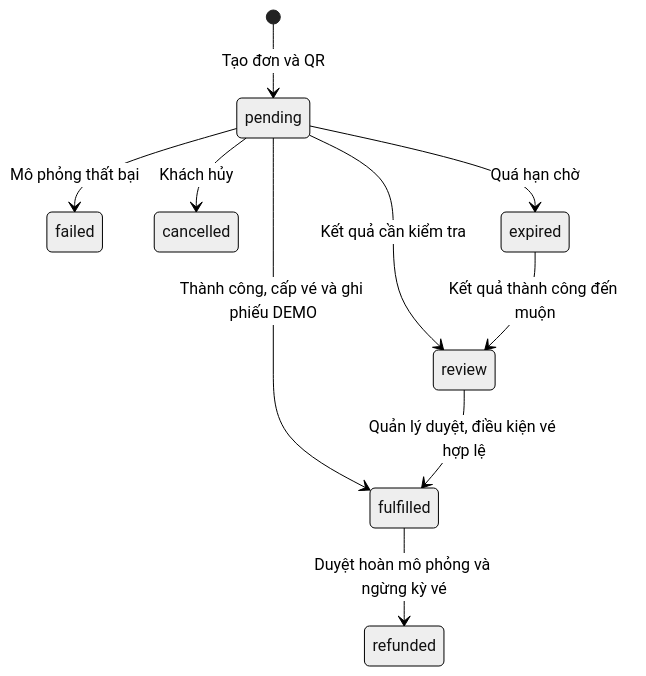
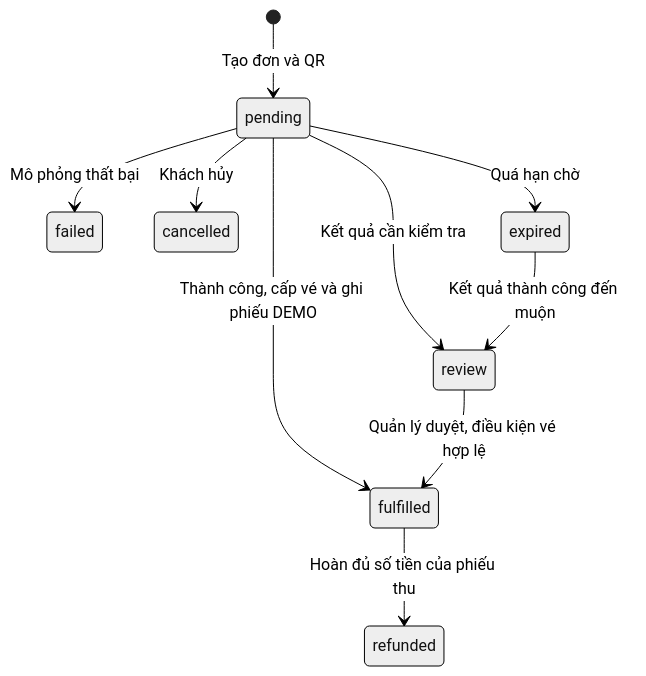
One commit to lam1826/ParkingAI changed the diagram in docs/PORTAL_PAYMENTS.md. Above: the diagram before and after it, drawn with Mermaid (neutral theme). The commit also changed other lines of this file and 112 other files, not shown here.

````diff
--- a/docs/PORTAL_PAYMENTS.md
+++ b/docs/PORTAL_PAYMENTS.md
@@ -20,12 +20,12 @@
 ```mermaid
 stateDiagram-v2
     [*] --> pending: Tạo đơn và QR
     pending --> fulfilled: Thành công, cấp vé và ghi phiếu DEMO
     pending --> failed: Mô phỏng thất bại
     pending --> cancelled: Khách hủy
     pending --> expired: Quá hạn chờ
     pending --> review: Kết quả cần kiểm tra
     expired --> review: Kết quả thành công đến muộn
     review --> fulfilled: Quản lý duyệt, điều kiện vé hợp lệ
-    fulfilled --> refunded: Duyệt hoàn mô phỏng và ngừng kỳ vé
+    fulfilled --> refunded: Hoàn đủ số tiền của phiếu thu
 ```
````
